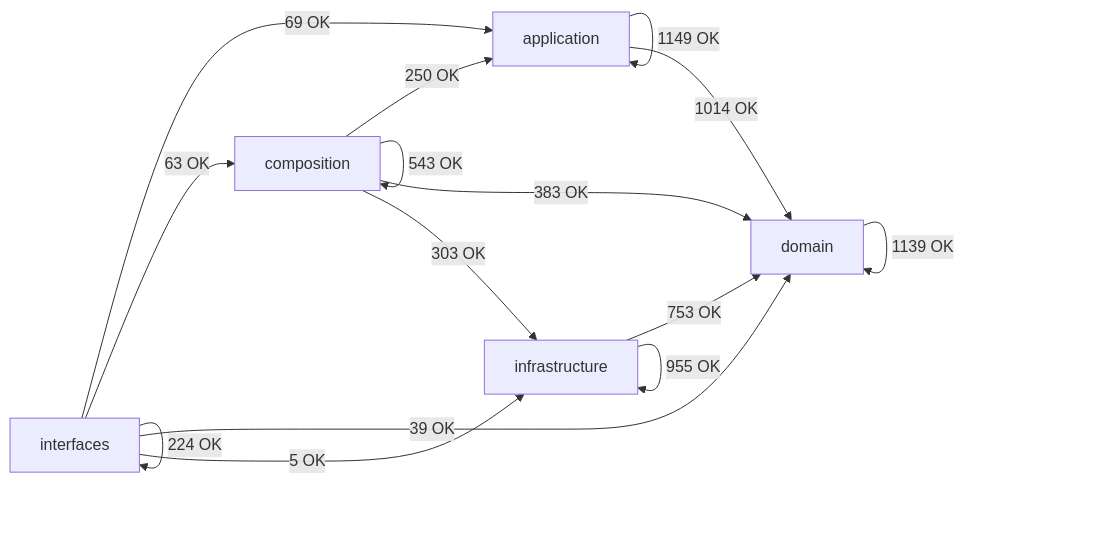
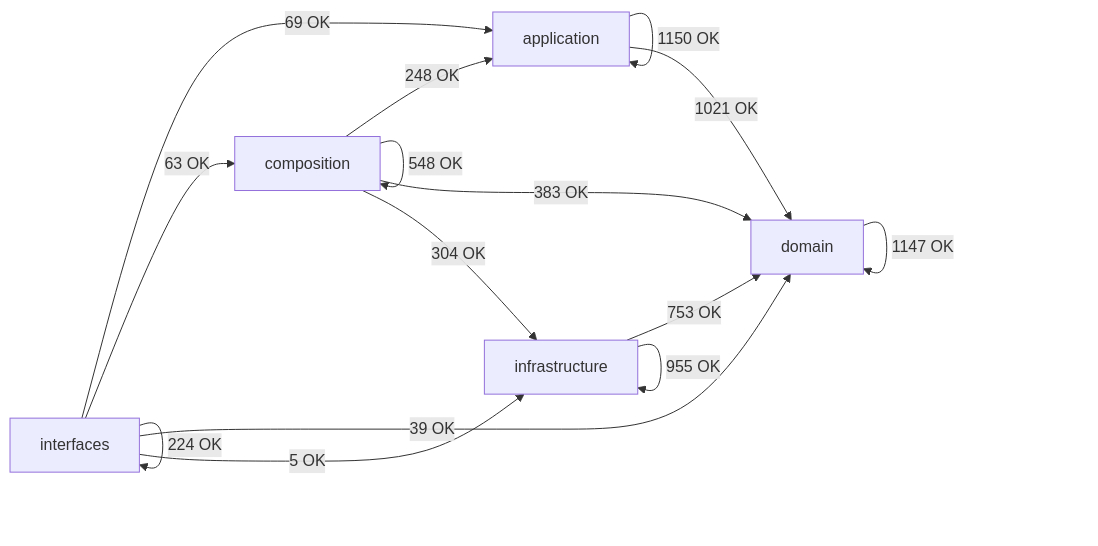
One commit to SatoryKono/BioactivityDataAcquisition changed the diagram in docs/02-architecture/generated/module-dependency-map.md. Above: the diagram before and after it, drawn with Mermaid. The commit also changed other lines of this file and 415 other files, not shown here.

````diff
--- a/docs/02-architecture/generated/module-dependency-map.md
+++ b/docs/02-architecture/generated/module-dependency-map.md
@@ -17,22 +17,22 @@
 ```mermaid
 flowchart LR
     domain[domain]
     application[application]
     infrastructure[infrastructure]
     composition[composition]
     interfaces[interfaces]
-    application -->|1149 OK| application
-    application -->|1014 OK| domain
-    composition -->|250 OK| application
-    composition -->|543 OK| composition
+    application -->|1150 OK| application
+    application -->|1021 OK| domain
+    composition -->|248 OK| application
+    composition -->|548 OK| composition
     composition -->|383 OK| domain
-    composition -->|303 OK| infrastructure
-    domain -->|1139 OK| domain
+    composition -->|304 OK| infrastructure
+    domain -->|1147 OK| domain
     infrastructure -->|753 OK| domain
     infrastructure -->|955 OK| infrastructure
     interfaces -->|69 OK| application
     interfaces -->|63 OK| composition
     interfaces -->|39 OK| domain
     interfaces -->|5 OK| infrastructure
     interfaces -->|224 OK| interfaces
 ```
````
